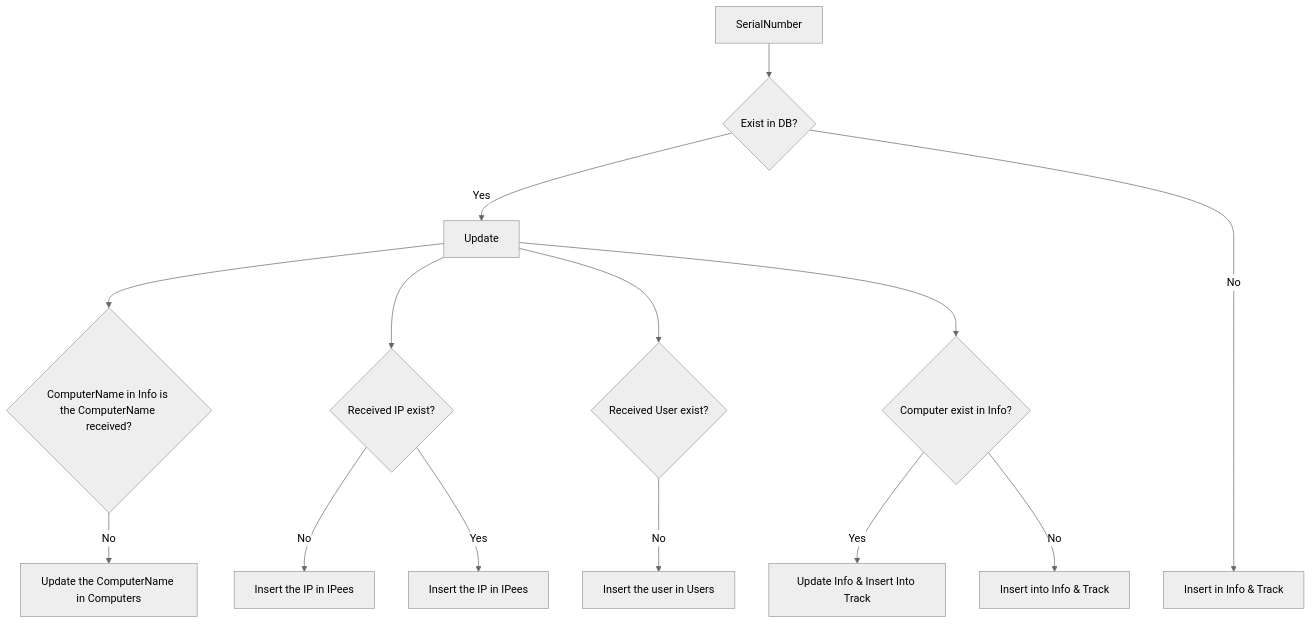
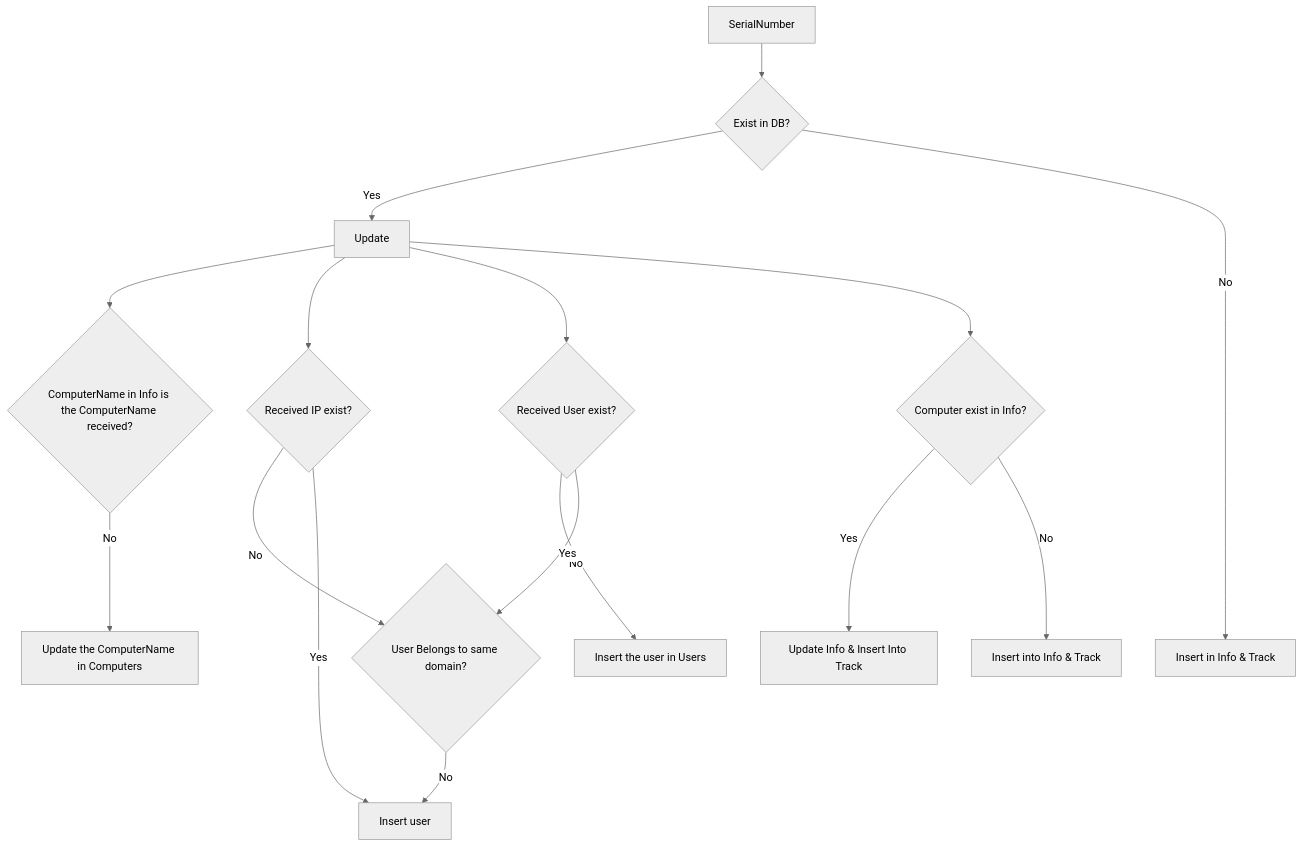
One commit to YazidEl7/Info_Project changed the second of 4 diagrams in README.md. Above: the diagram before and after it, drawn with Mermaid (neutral theme).

````diff
--- a/README.md
+++ b/README.md
@@ -37,16 +37,18 @@
 ```mermaid
 graph TD;
     A[SerialNumber] --> B{Exist in DB?};
     B -->|Yes| C[Update];
     C --> D{ComputerName in Info is the ComputerName received?};
     D --> |No| F[Update the ComputerName in Computers];
     C --> G{Received IP exist?};
     G --> |No| H[Insert the IP in IPees];
     G --> |Yes| I[Insert the IP in IPees];
     C --> J{Received User exist?};
     J --> |No| K[Insert the user in Users];
+    J --> |Yes| H{User Belongs to same domain?};
+    H --> |No| I[Insert user];
     C --> L{Computer exist in Info?};
     L --> |Yes| M[Update Info & Insert Into Track];
     L --> |No| N[Insert into Info & Track];
     B ---->|No| E[Insert in Info & Track];
 ```
````
